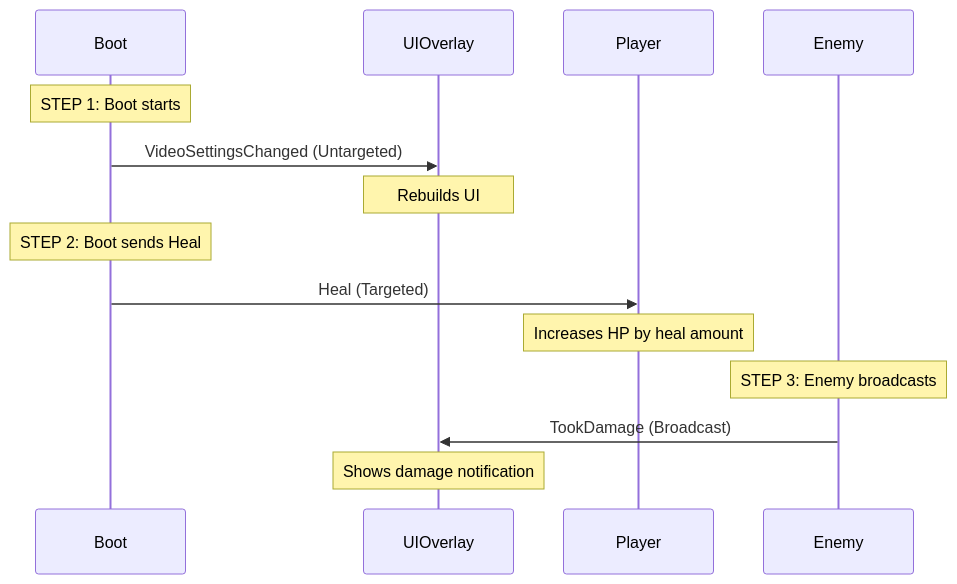
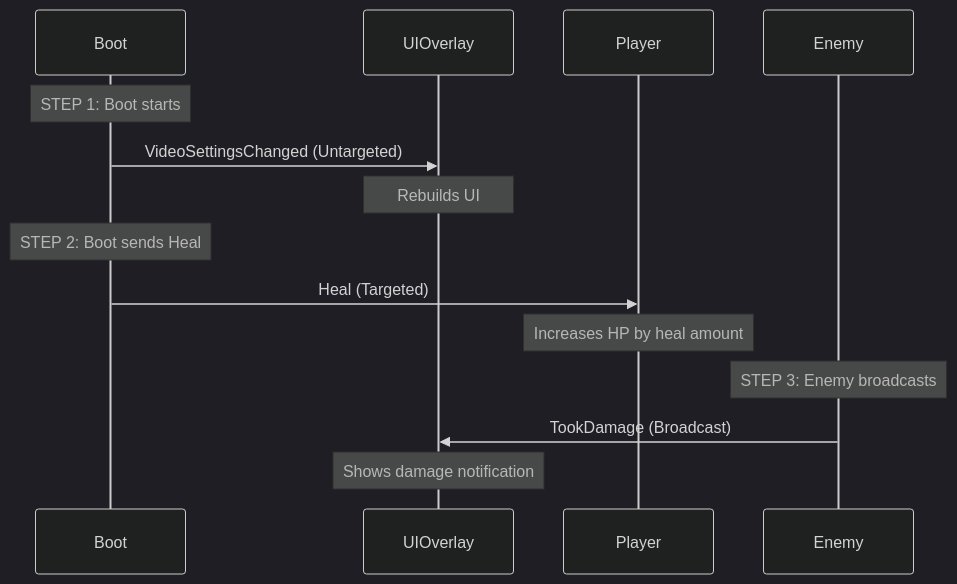
Before and after one commit to wallstop/DxMessaging: the diagram in Samples~/Mini Combat/Walkthrough.md, drawn with Mermaid. The commit also changed 24 other files, not shown here.

Commit message:
Mermaid overhaul, change most test assemblies to be editor

````diff
--- a/Samples~/Mini Combat/Walkthrough.md
+++ b/Samples~/Mini Combat/Walkthrough.md
@@ -110,19 +110,20 @@
 ```mermaid
+%%{init: {'theme': 'dark'}}%%
 sequenceDiagram
     participant Boot
     participant UIOverlay
     participant Player
     participant Enemy
 
     Note over Boot: STEP 1: Boot starts
     Boot->>UIOverlay: VideoSettingsChanged (Untargeted)
     Note over UIOverlay: Rebuilds UI
 
     Note over Boot: STEP 2: Boot sends Heal
     Boot->>Player: Heal (Targeted)
     Note over Player: Increases HP by heal amount
 
     Note over Enemy: STEP 3: Enemy broadcasts
     Enemy->>UIOverlay: TookDamage (Broadcast)
     Note over UIOverlay: Shows damage notification
 ```
````
